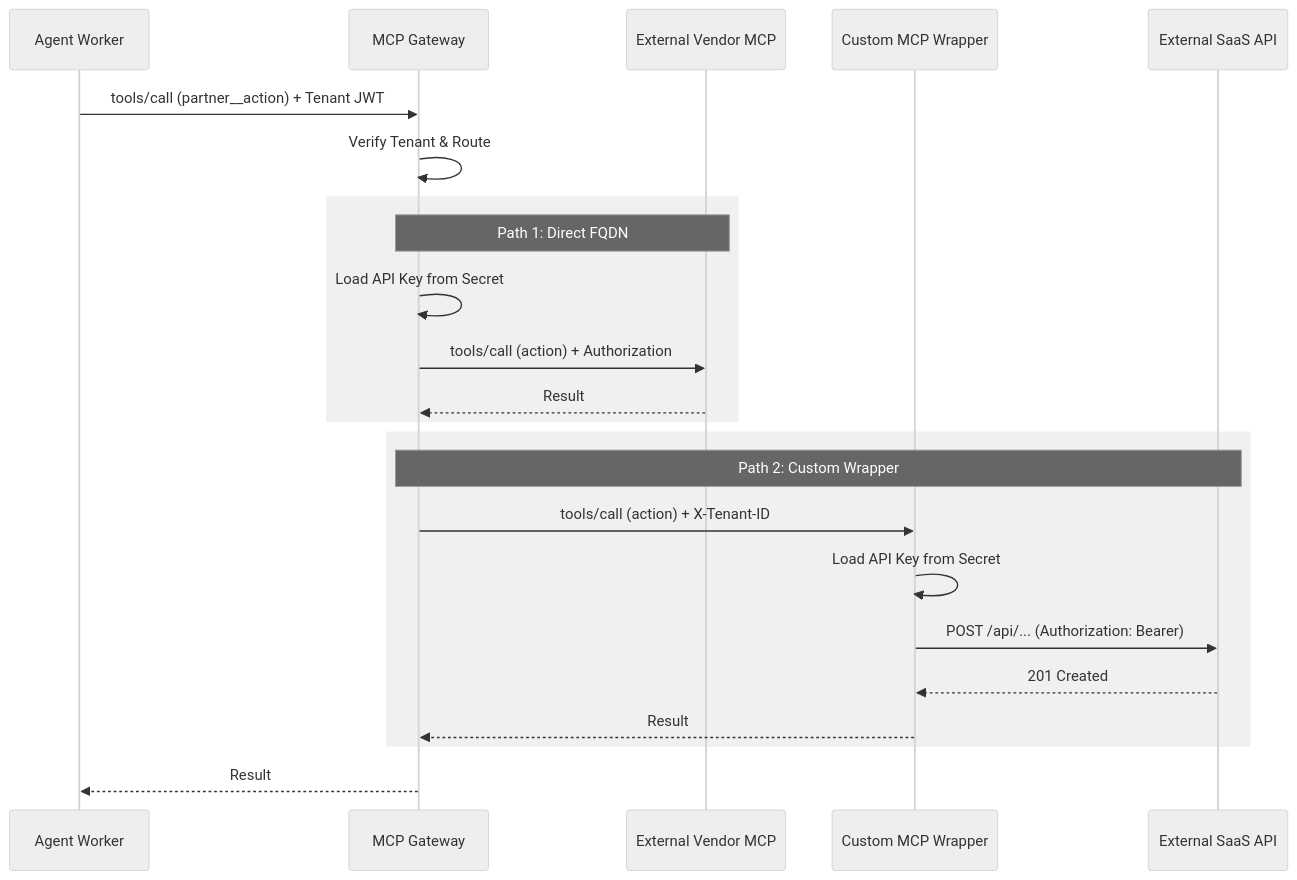
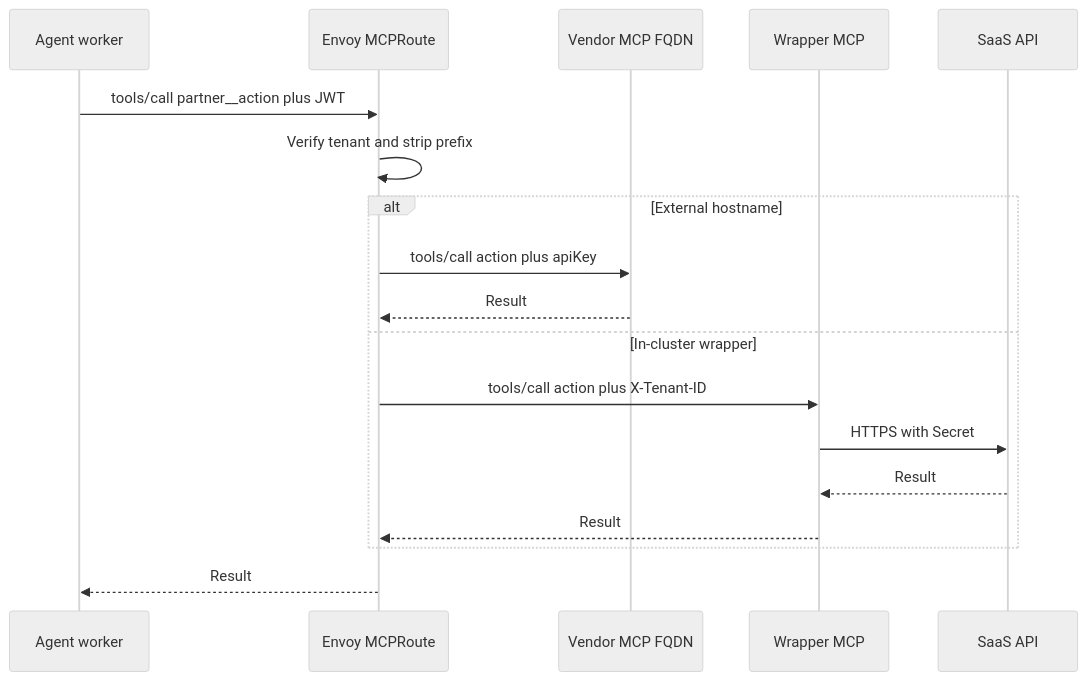
One commit to devopssquaddev/zelkor-platform changed the second of 2 diagrams in docs/architecture-external-mcp.md. Above: the diagram before and after it, drawn with Mermaid. The commit also changed other lines of this file and 4 other files, not shown here.

First line of the commit message:
fix(helm): stop requiring extra MCP FQDN CIDRs on CE

````diff
--- a/docs/architecture-external-mcp.md
+++ b/docs/architecture-external-mcp.md
@@ -81,33 +62,25 @@
 ```mermaid
 ---
 config:
   theme: neutral
 ---
 sequenceDiagram
-    participant Agent as Agent Worker
-    participant Gateway as MCP Gateway
-    participant VendorMCP as External Vendor MCP
-    participant ExtraMCP as Custom MCP Wrapper
-    participant SaaS as External SaaS API
+    participant Agent as Agent worker
+    participant Route as Envoy MCPRoute
+    participant Vendor as Vendor MCP FQDN
+    participant Wrap as Wrapper MCP
+    participant SaaS as SaaS API
 
-    Agent->>Gateway: tools/call (partner__action) + Tenant JWT
-    Gateway->>Gateway: Verify Tenant & Route
-    
-    rect rgb(240, 240, 240)
-        Note over Gateway, VendorMCP: Path 1: Direct FQDN
-        Gateway->>Gateway: Load API Key from Secret
-        Gateway->>VendorMCP: tools/call (action) + Authorization
-        VendorMCP-->>Gateway: Result
+    Agent->>Route: tools/call partner__action plus JWT
+    Route->>Route: Verify tenant and strip prefix
+    alt External hostname
+        Route->>Vendor: tools/call action plus apiKey
+        Vendor-->>Route: Result
+    else In-cluster wrapper
+        Route->>Wrap: tools/call action plus X-Tenant-ID
+        Wrap->>SaaS: HTTPS with Secret
+        SaaS-->>Wrap: Result
+        Wrap-->>Route: Result
     end
-    
-    rect rgb(240, 240, 240)
-        Note over Gateway, SaaS: Path 2: Custom Wrapper
-        Gateway->>ExtraMCP: tools/call (action) + X-Tenant-ID
-        ExtraMCP->>ExtraMCP: Load API Key from Secret
-        ExtraMCP->>SaaS: POST /api/... (Authorization: Bearer)
-        SaaS-->>ExtraMCP: 201 Created
-        ExtraMCP-->>Gateway: Result
-    end
-    
-    Gateway-->>Agent: Result
+    Route-->>Agent: Result
 ```
````
